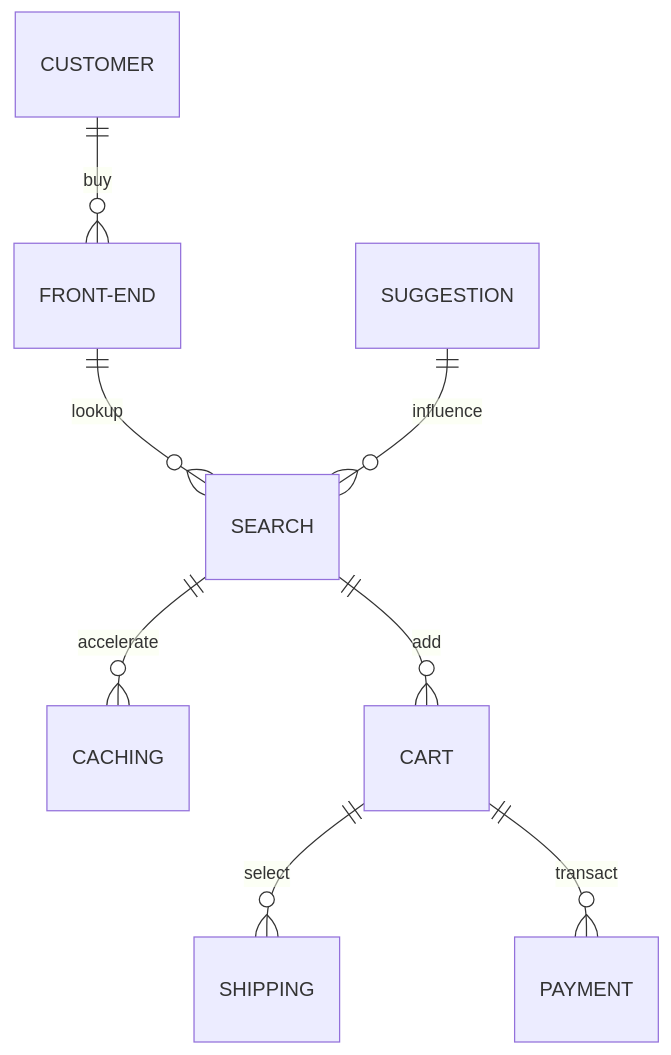
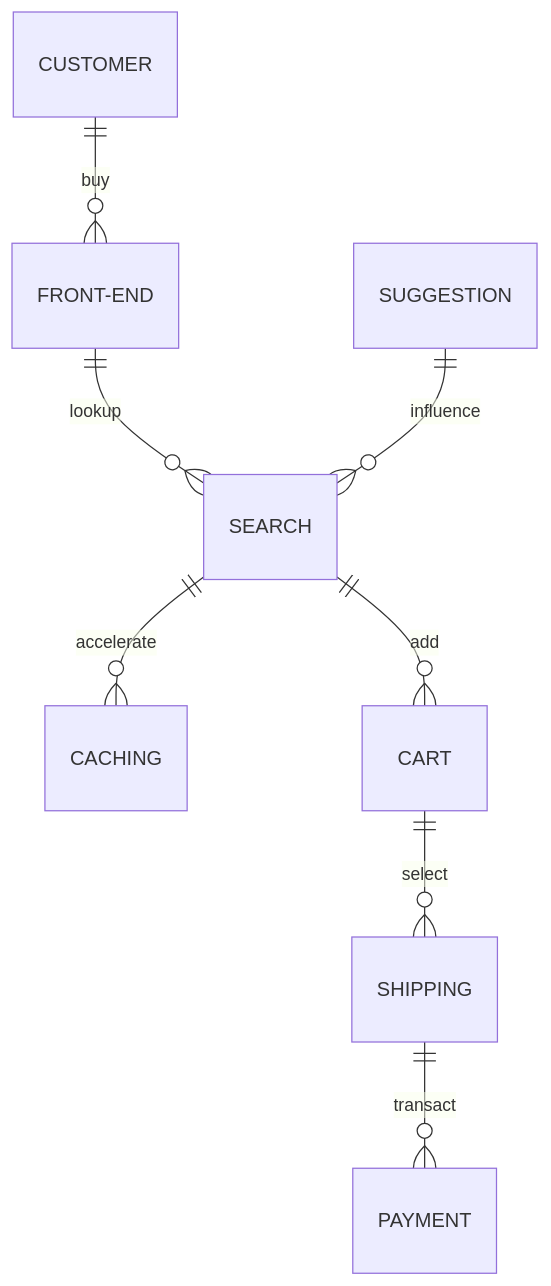
Before and after one commit to beezy-cloud/project-pancake: the second of 2 diagrams in docs/concepts.md, drawn with Mermaid.

````diff
--- a/docs/concepts.md
+++ b/docs/concepts.md
@@ -62,10 +62,10 @@
 ```mermaid
    erDiagram
    CUSTOMER ||--o{ FRONT-END : buy
    FRONT-END ||--o{ SEARCH : lookup
    SUGGESTION ||--o{ SEARCH : influence
    SEARCH ||--o{ CACHING : accelerate
    SEARCH ||--o{ CART : add
    CART ||--o{ SHIPPING : select
-   CART ||--o{ PAYMENT : transact
+   SHIPPING ||--o{ PAYMENT : transact
 ```
````
